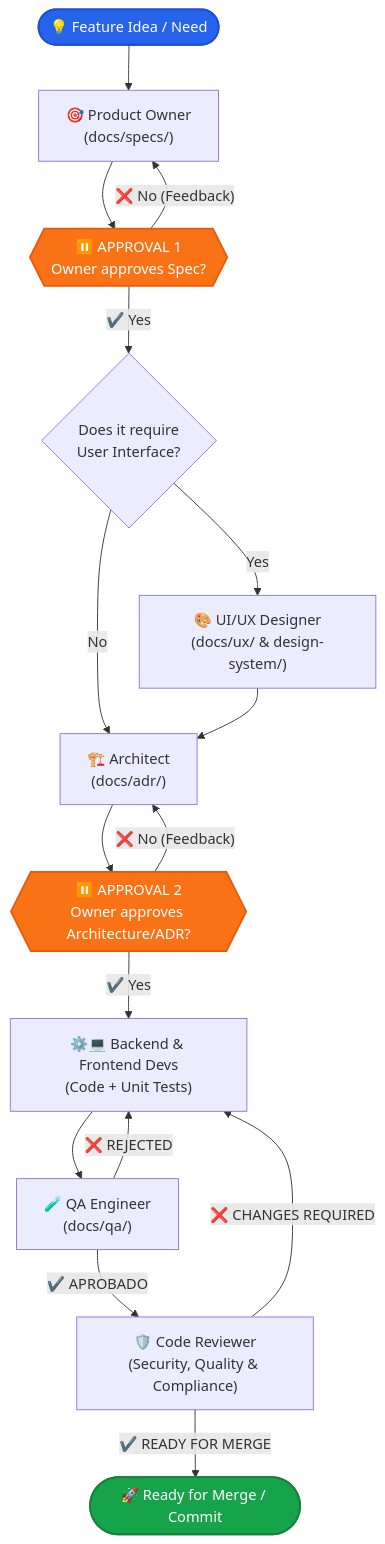
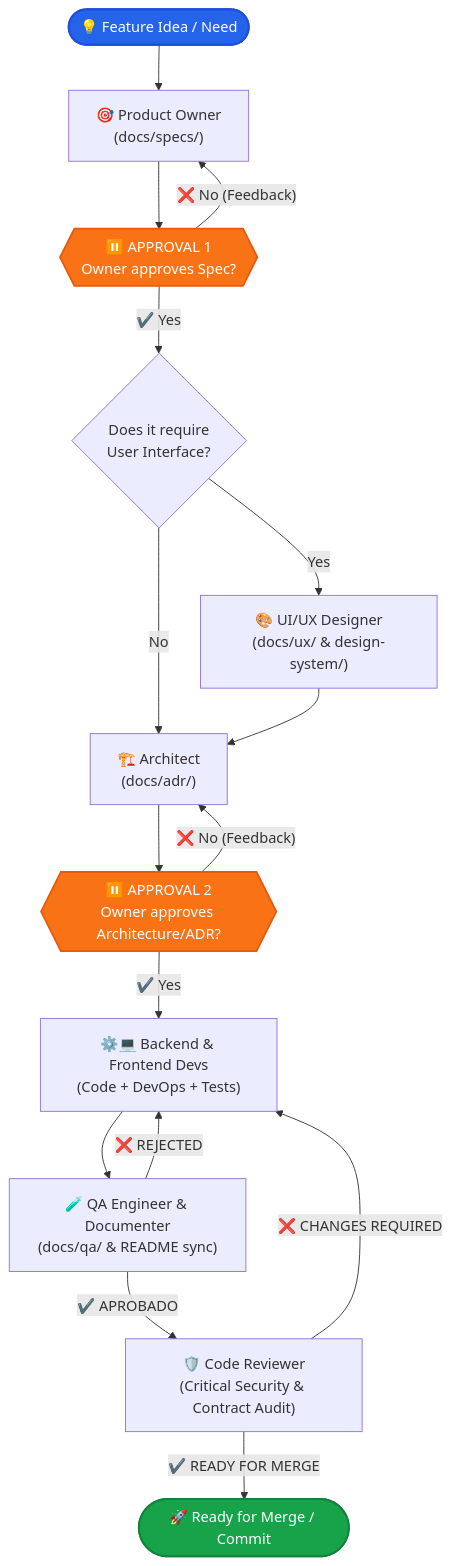
One commit to GeboArt-Dev/Equipo-Dev changed the diagram in README.md. Above: the diagram before and after it, drawn with Mermaid. The commit also changed other lines of this file and 12 other files, not shown here.

````diff
--- a/README.md
+++ b/README.md
@@ -74,28 +75,28 @@
 ```mermaid
 flowchart TD
     Start(["💡 Feature Idea / Need"]) --> PO["🎯 Product Owner<br/>(docs/specs/)"]
     PO --> Pause1{{"⏸️ APPROVAL 1<br/>Owner approves Spec?"}}
     
     Pause1 -- "❌ No (Feedback)" --> PO
     Pause1 -- "✔️ Yes" --> HasUI{"Does it require<br/>User Interface?"}
     
     HasUI -- "Yes" --> UX["🎨 UI/UX Designer<br/>(docs/ux/ & design-system/)"]
     HasUI -- "No" --> Arch["🏗️ Architect<br/>(docs/adr/)"]
     UX --> Arch
     
     Arch --> Pause2{{"⏸️ APPROVAL 2<br/>Owner approves Architecture/ADR?"}}
     Pause2 -- "❌ No (Feedback)" --> Arch
-    Pause2 -- "✔️ Yes" --> Dev["⚙️💻 Backend & Frontend Devs<br/>(Code + Unit Tests)"]
+    Pause2 -- "✔️ Yes" --> Dev["⚙️💻 Backend & Frontend Devs<br/>(Code + DevOps + Tests)"]
     
-    Dev --> QA["🧪 QA Engineer<br/>(docs/qa/)"]
+    Dev --> QA["🧪 QA Engineer & Documenter<br/>(docs/qa/ & README sync)"]
     QA -- "❌ REJECTED" --> Dev
-    QA -- "✔️ APROBADO" --> Review["🛡️ Code Reviewer<br/>(Security, Quality & Compliance)"]
+    QA -- "✔️ APROBADO" --> Review["🛡️ Code Reviewer<br/>(Critical Security & Contract Audit)"]
     
     Review -- "❌ CHANGES REQUIRED" --> Dev
     Review -- "✔️ READY FOR MERGE" --> Done(["🚀 Ready for Merge / Commit"])
 
     style Pause1 fill:#f97316,stroke:#ea580c,stroke-width:2px,color:#fff
     style Pause2 fill:#f97316,stroke:#ea580c,stroke-width:2px,color:#fff
     style Done fill:#16a34a,stroke:#15803d,stroke-width:2px,color:#fff
     style Start fill:#2563eb,stroke:#1d4ed8,stroke-width:2px,color:#fff
 ```
````
